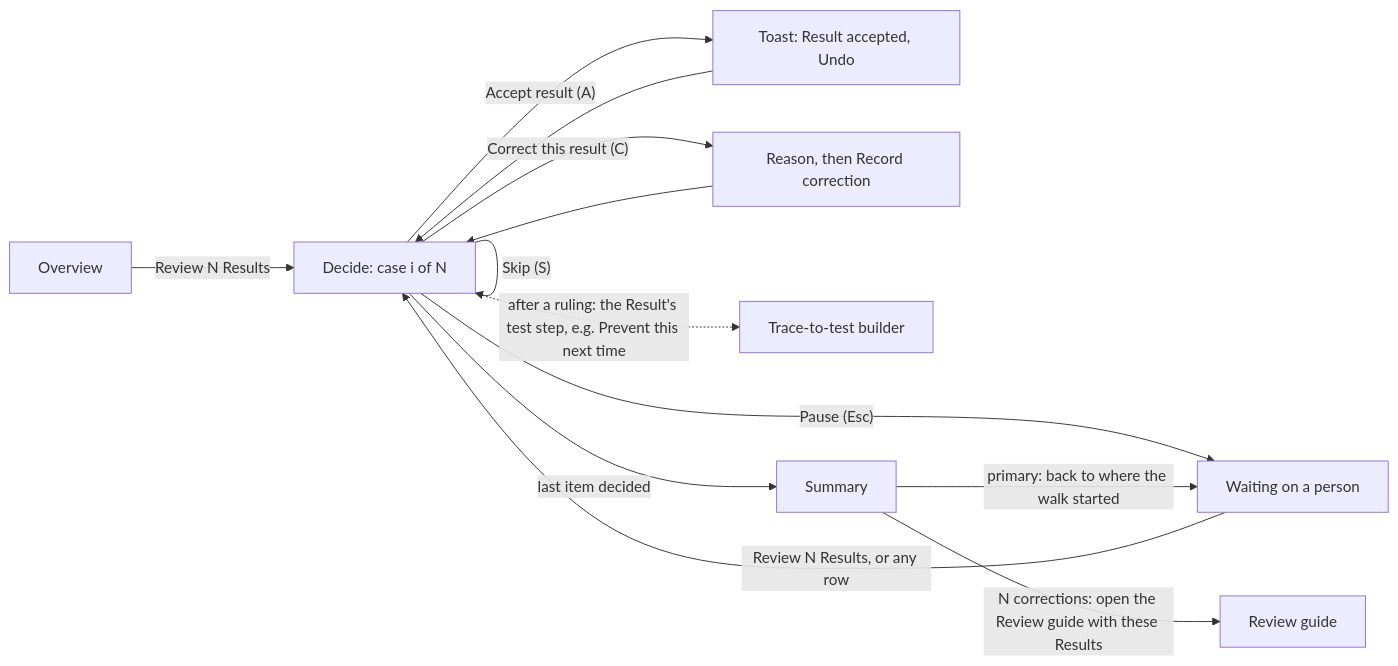
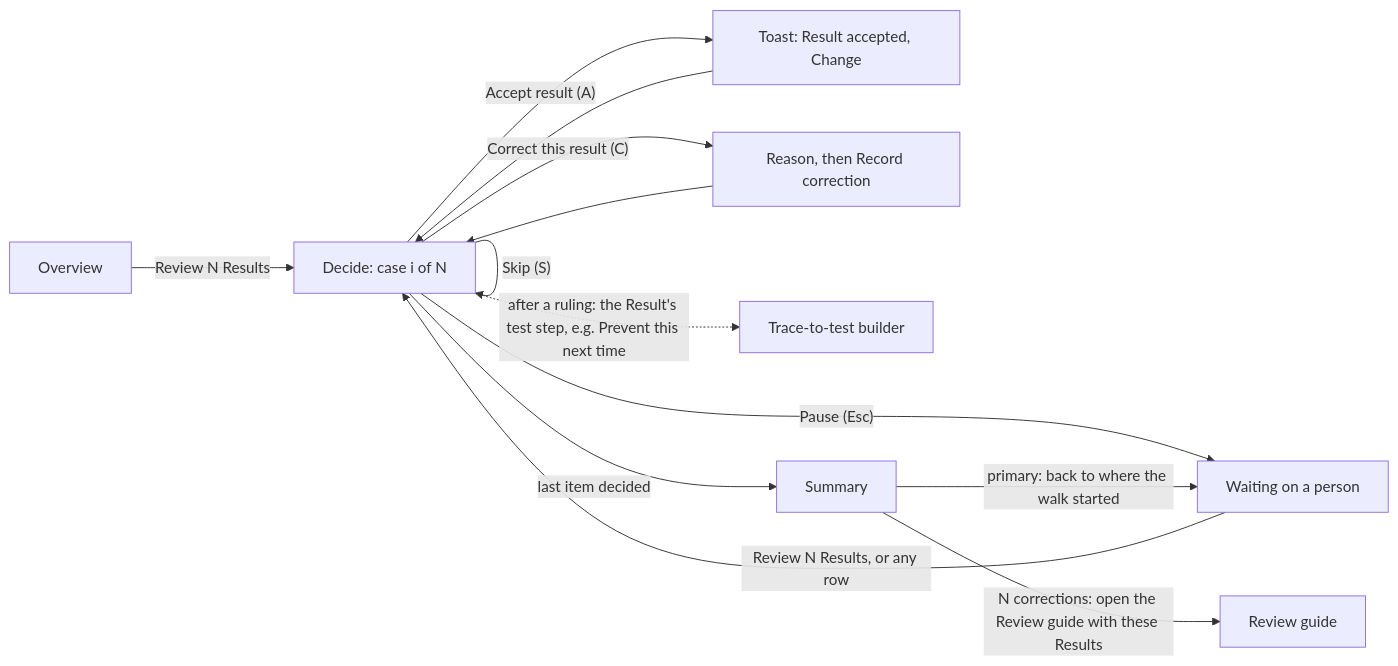
The second of 2 diagrams in docs/ux-audit/2026-09-26-triage-flow.md (luka-zivkovic/coeval), drawn with Mermaid before and after one commit. The commit also changed other lines of this file and 2 other files, not shown here.

````diff
--- a/docs/ux-audit/2026-09-26-triage-flow.md
+++ b/docs/ux-audit/2026-09-26-triage-flow.md
@@ -518,15 +522,15 @@
 ```mermaid
 flowchart LR
   O[Overview] -->|Review N Results| P
   Q[Waiting on a person] -->|"Review N Results, or any row"| P[Decide: case i of N]
-  P -->|"Accept result (A)"| U[Toast: Result accepted, Undo]
+  P -->|"Accept result (A)"| U[Toast: Result accepted, Change]
   U --> P
   P -->|"Correct this result (C)"| F[Reason, then Record correction]
   F --> P
   P -->|"Skip (S)"| P
   P -->|"Pause (Esc)"| Q
   P -->|last item decided| D[Summary]
   D -->|"primary: back to where the walk started"| Q
   D -->|"N corrections: open the Review guide with these Results"| E[Review guide]
   P -.->|"after a ruling: the Result's test step, e.g. Prevent this next time"| X[Trace-to-test builder]
 ```
````
